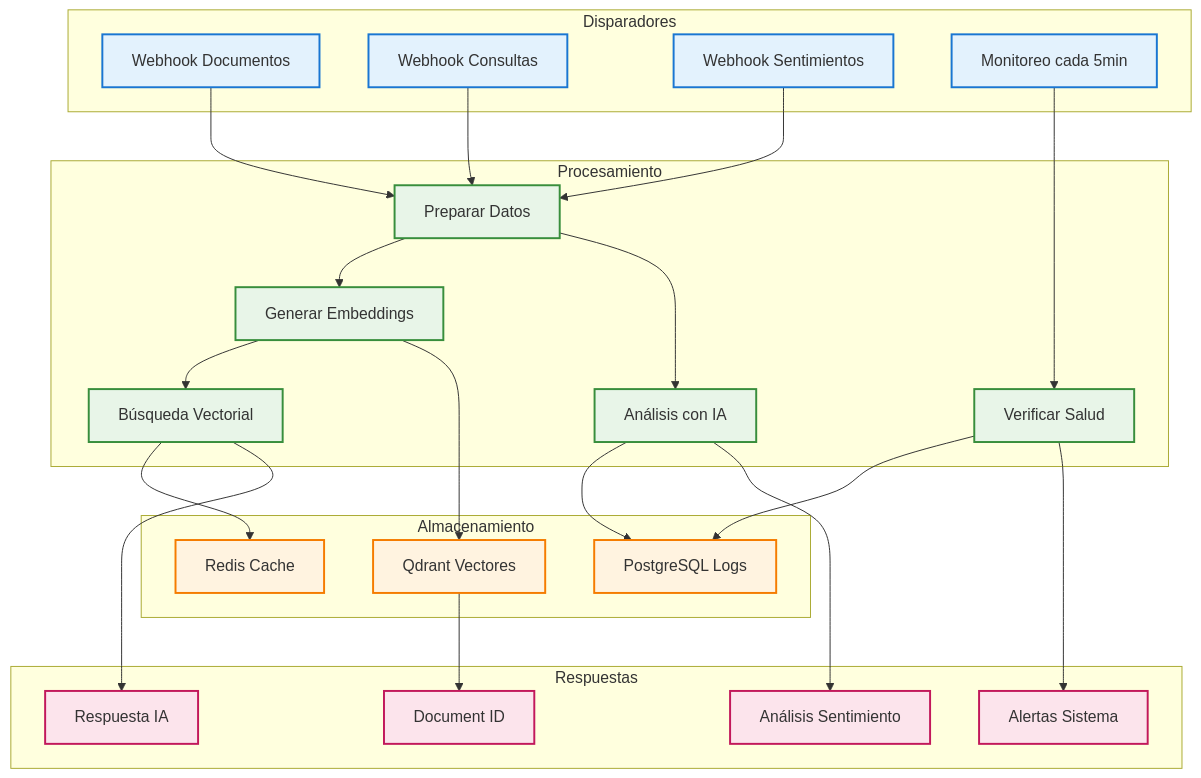
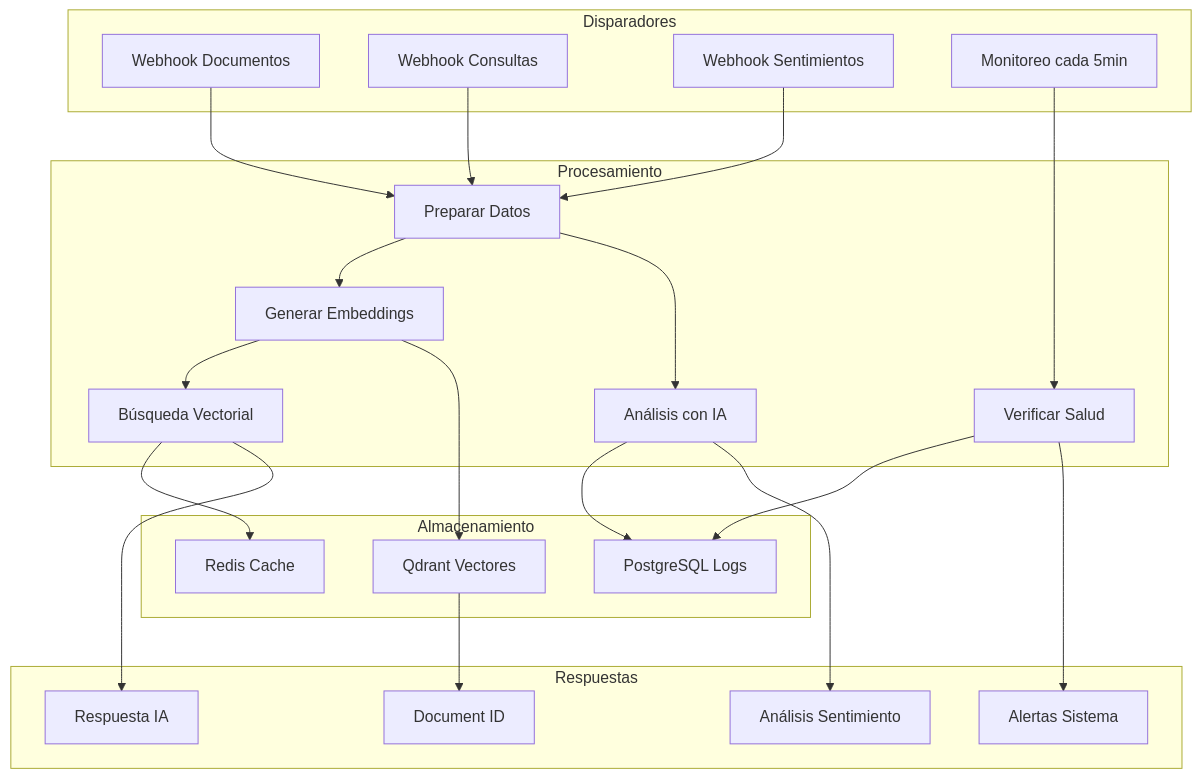
One commit to EdissonGirald0/laboratorioAI changed the third of 8 diagrams in README.md. Above: the diagram before and after it, drawn with Mermaid. The commit also changed other lines of this file and 12 other files, not shown here.

````diff
--- a/README.md
+++ b/README.md
@@ -191,59 +193,49 @@
 ```mermaid
 graph TB
     subgraph Triggers ["Disparadores"]
         WH1["Webhook Documentos"]
         WH2["Webhook Consultas"]
         WH3["Webhook Sentimientos"]
         CRON["Monitoreo cada 5min"]
     end
     
     subgraph Processing ["Procesamiento"]
         PREP["Preparar Datos"]
         EMB["Generar Embeddings"]
         SEARCH["Búsqueda Vectorial"]
         AI["Análisis con IA"]
         HEALTH["Verificar Salud"]
     end
     
     subgraph Storage ["Almacenamiento"]
         QD_STORE["Qdrant Vectores"]
         PG_STORE["PostgreSQL Logs"]
         RD_CACHE["Redis Cache"]
     end
     
     subgraph Responses ["Respuestas"]
         DOC_RESP["Document ID"]
         QUERY_RESP["Respuesta IA"]
         SENT_RESP["Análisis Sentimiento"]
         ALERT["Alertas Sistema"]
     end
     
     WH1 --> PREP
     WH2 --> PREP
     WH3 --> PREP
     CRON --> HEALTH
     
     PREP --> EMB
     PREP --> AI
     EMB --> SEARCH
     
     EMB --> QD_STORE
     AI --> PG_STORE
     SEARCH --> RD_CACHE
     HEALTH --> PG_STORE
     
     QD_STORE --> DOC_RESP
     SEARCH --> QUERY_RESP
     AI --> SENT_RESP
     HEALTH --> ALERT
-    
-    classDef triggerClass fill:#e3f2fd,stroke:#1976d2,stroke-width:2px
-    classDef processClass fill:#e8f5e8,stroke:#388e3c,stroke-width:2px
-    classDef storageClass fill:#fff3e0,stroke:#f57c00,stroke-width:2px
-    classDef responseClass fill:#fce4ec,stroke:#c2185b,stroke-width:2px
-    
-    class WH1,WH2,WH3,CRON triggerClass
-    class PREP,EMB,SEARCH,AI,HEALTH processClass
-    class QD_STORE,PG_STORE,RD_CACHE storageClass
-    class DOC_RESP,QUERY_RESP,SENT_RESP,ALERT responseClass
 ```
````
